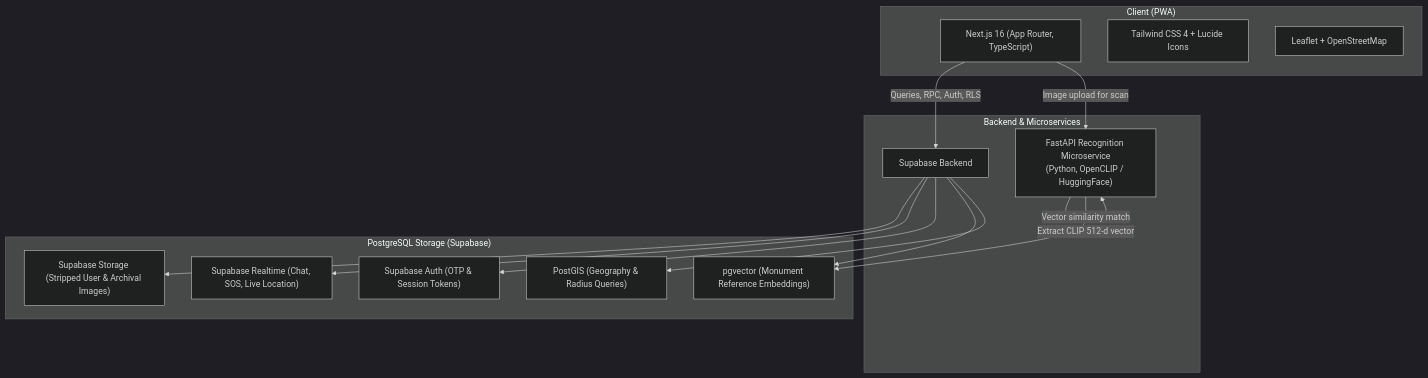
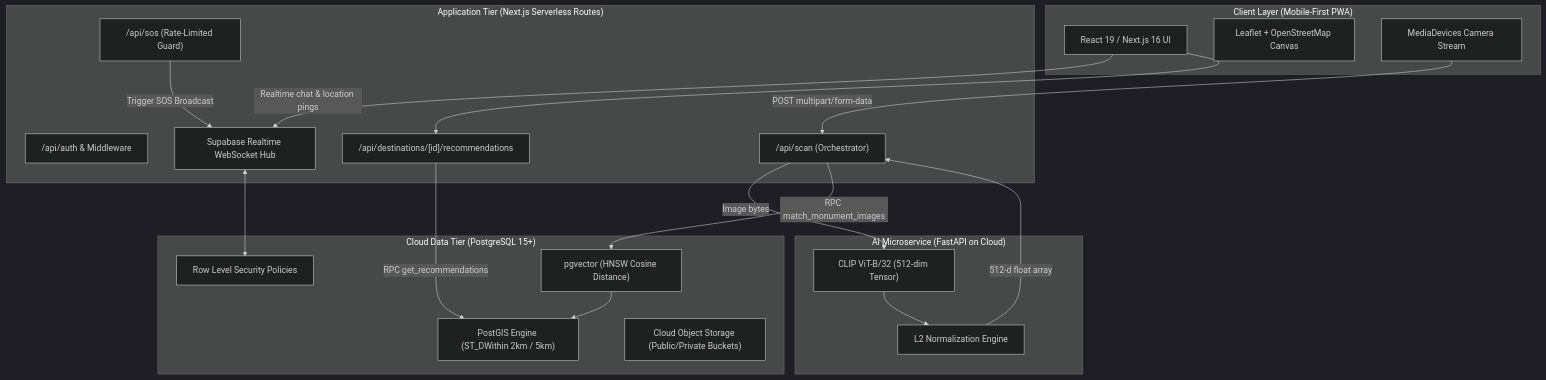
One commit to ayyush-for-you/WanderLens changed the diagram in README.md. Above: the diagram before and after it, drawn with Mermaid (dark theme). The commit also changed other lines of this file, not shown here.

Commit message:
docs: expand README with system design, database schema, security, and setup instructions

````diff
--- a/README.md
+++ b/README.md
@@ -88,31 +87,40 @@
 ```mermaid
 flowchart TD
-    subgraph Client ["Client (PWA)"]
-        UI["Next.js 16 (App Router, TypeScript)"]
-        Tailwind["Tailwind CSS 4 + Lucide Icons"]
-        Map["Leaflet + OpenStreetMap"]
+    subgraph Client ["Client Layer (Mobile-First PWA)"]
+        Browser["React 19 / Next.js 16 UI"]
+        LeafletMap["Leaflet + OpenStreetMap Canvas"]
+        CamCapture["MediaDevices Camera Stream"]
     end
 
-    subgraph BackendServices ["Backend & Microservices"]
-        FastAPI["FastAPI Recognition Microservice\n(Python, OpenCLIP / HuggingFace)"]
-        Supabase["Supabase Backend"]
+    subgraph AppTier ["Application Tier (Next.js Serverless Routes)"]
+        AuthRoute["/api/auth & Middleware"]
+        ScanRoute["/api/scan (Orchestrator)"]
+        RecsRoute["/api/destinations/[id]/recommendations"]
+        SosRoute["/api/sos (Rate-Limited Guard)"]
+        RealtimeGW["Supabase Realtime WebSocket Hub"]
     end
 
-    subgraph DatabaseLayer ["PostgreSQL Storage (Supabase)"]
-        PostGIS["PostGIS (Geography & Radius Queries)"]
-        PgVector["pgvector (Monument Reference Embeddings)"]
-        Auth["Supabase Auth (OTP & Session Tokens)"]
-        Realtime["Supabase Realtime (Chat, SOS, Live Location)"]
-        Storage["Supabase Storage (Stripped User & Archival Images)"]
+    subgraph MLService ["AI Microservice (FastAPI on Cloud)"]
+        ClipModel["CLIP ViT-B/32 (512-dim Tensor)"]
+        NormEngine["L2 Normalization Engine"]
     end
 
-    UI -->|Image upload for scan| FastAPI
-    FastAPI -->|Extract CLIP 512-d vector| FastAPI
-    FastAPI -->|Vector similarity match| PgVector
-    UI -->|Queries, RPC, Auth, RLS| Supabase
-    Supabase --> PostGIS
-    Supabase --> PgVector
-    Supabase --> Auth
-    Supabase --> Realtime
-    Supabase --> Storage
+    subgraph CloudData ["Cloud Data Tier (PostgreSQL 15+)"]
+        PostGIS["PostGIS Engine (ST_DWithin 2km / 5km)"]
+        PgVector["pgvector (HNSW Cosine Distance)"]
+        RLS["Row Level Security Policies"]
+        CloudStorage["Cloud Object Storage (Public/Private Buckets)"]
+    end
+
+    CamCapture -->|POST multipart/form-data| ScanRoute
+    ScanRoute -->|Image bytes| ClipModel
+    ClipModel --> NormEngine
+    NormEngine -->|512-d float array| ScanRoute
+    ScanRoute -->|RPC match_monument_images| PgVector
+    PgVector --> PostGIS
+    Browser -->|Realtime chat & location pings| RealtimeGW
+    RealtimeGW <--> RLS
+    Browser --> RecsRoute
+    RecsRoute -->|RPC get_recommendations| PostGIS
+    SosRoute -->|Trigger SOS Broadcast| RealtimeGW
 ```
````
